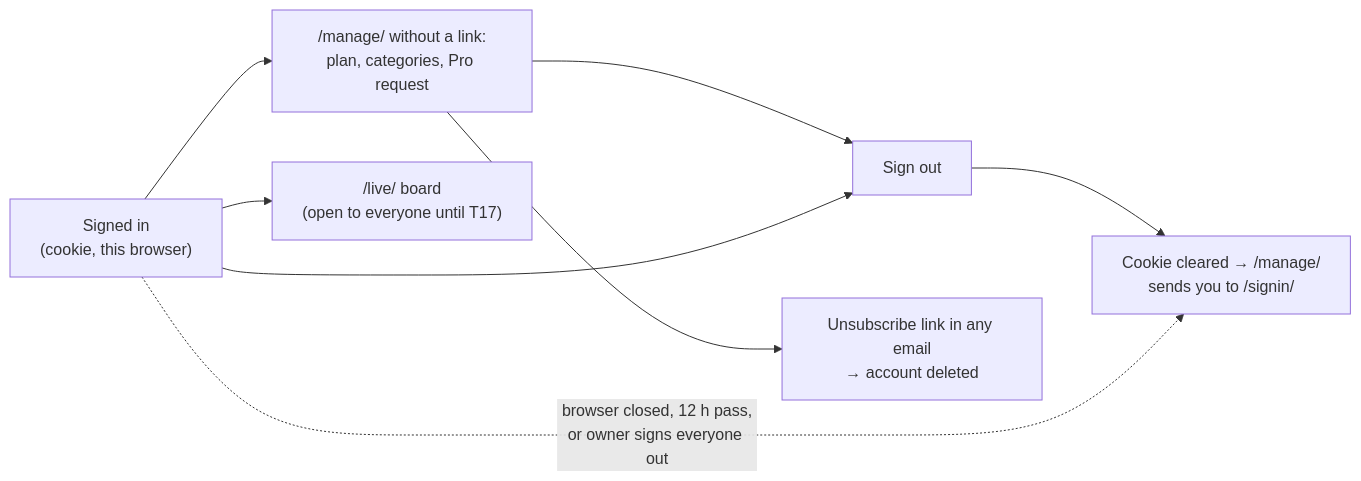
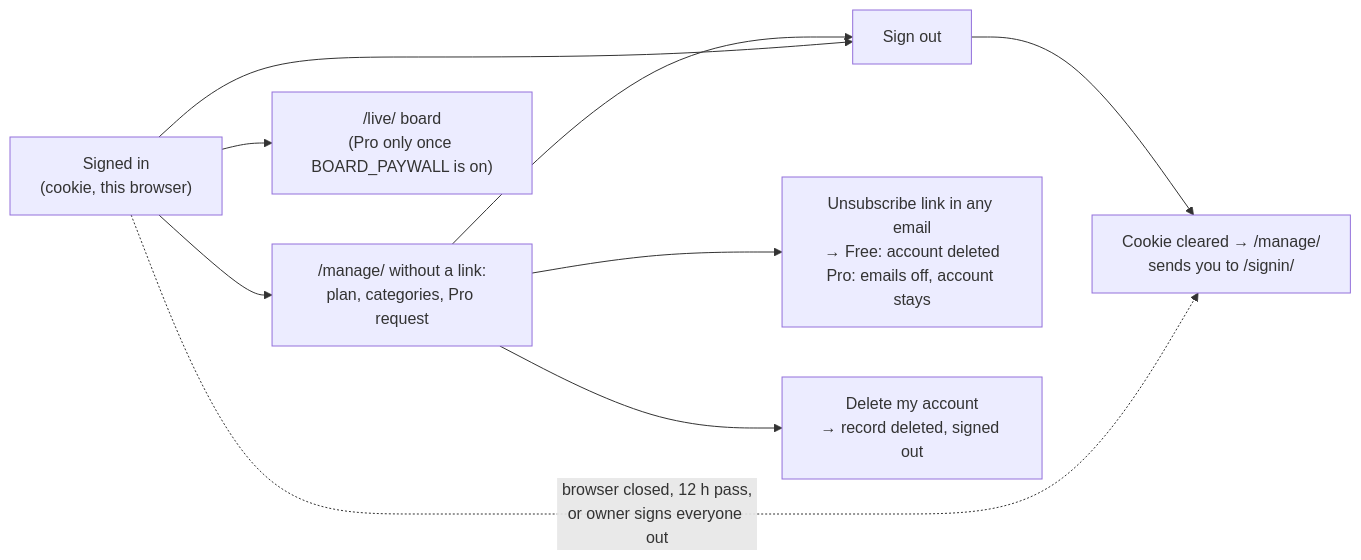
Before and after one commit to bhawnamanglapm/travel-problem-radar-case-study: the third of 4 diagrams in docs/subscriptions/account-flows.md, drawn with Mermaid. The commit also changed other lines of this file and 9 other files, not shown here.

First line of the commit message:
Docs: the locked board, Pro accounts that outlive their emails, Delete my account

````diff
--- a/docs/subscriptions/account-flows.md
+++ b/docs/subscriptions/account-flows.md
@@ -69,10 +69,11 @@
 ```mermaid
 flowchart LR
   S["Signed in<br/>(cookie, this browser)"] --> M["/manage/ without a link:<br/>plan, categories, Pro request"]
-  S --> V["/live/ board<br/>(open to everyone until T17)"]
+  S --> V["/live/ board<br/>(Pro only once BOARD_PAYWALL is on)"]
   M --> O["Sign out"]
   S --> O
   O --> P["Cookie cleared → /manage/<br/>sends you to /signin/"]
   S -. "browser closed, 12 h pass,<br/>or owner signs everyone out" .-> P
-  M --> U["Unsubscribe link in any email<br/>→ account deleted"]
+  M --> U["Unsubscribe link in any email<br/>→ Free: account deleted<br/>Pro: emails off, account stays"]
+  M --> D["Delete my account<br/>→ record deleted, signed out"]
 ```
````
